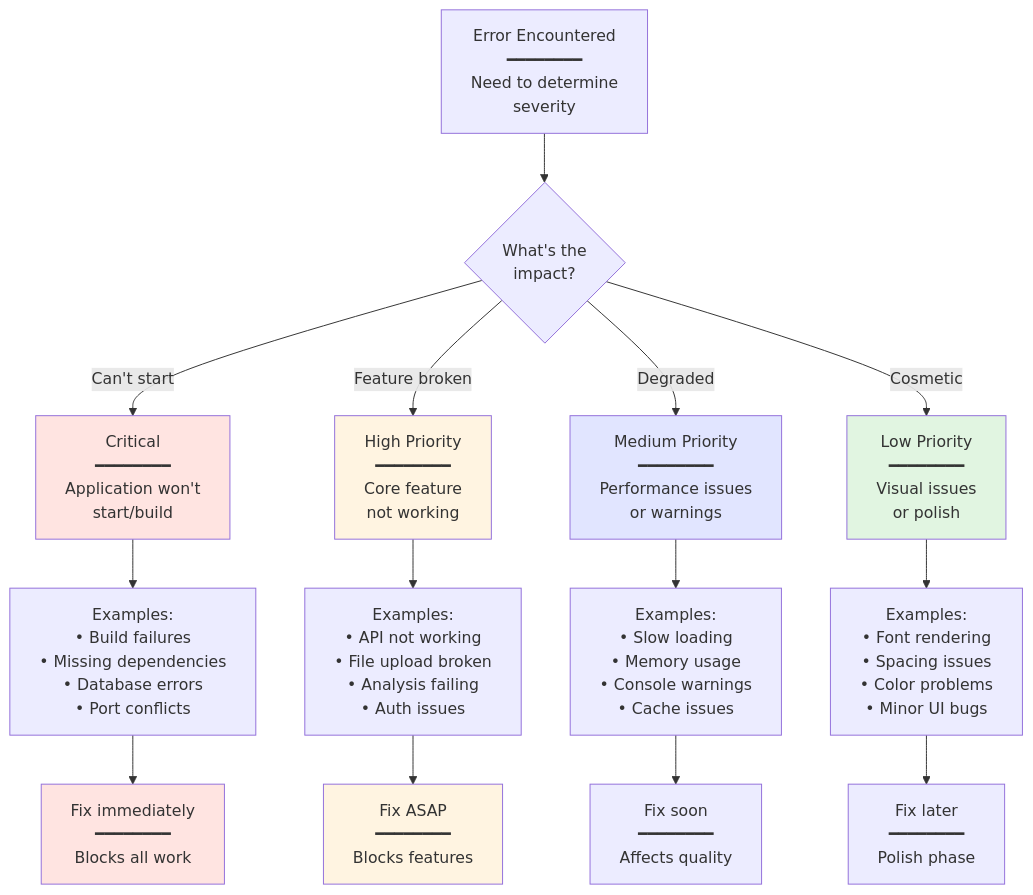
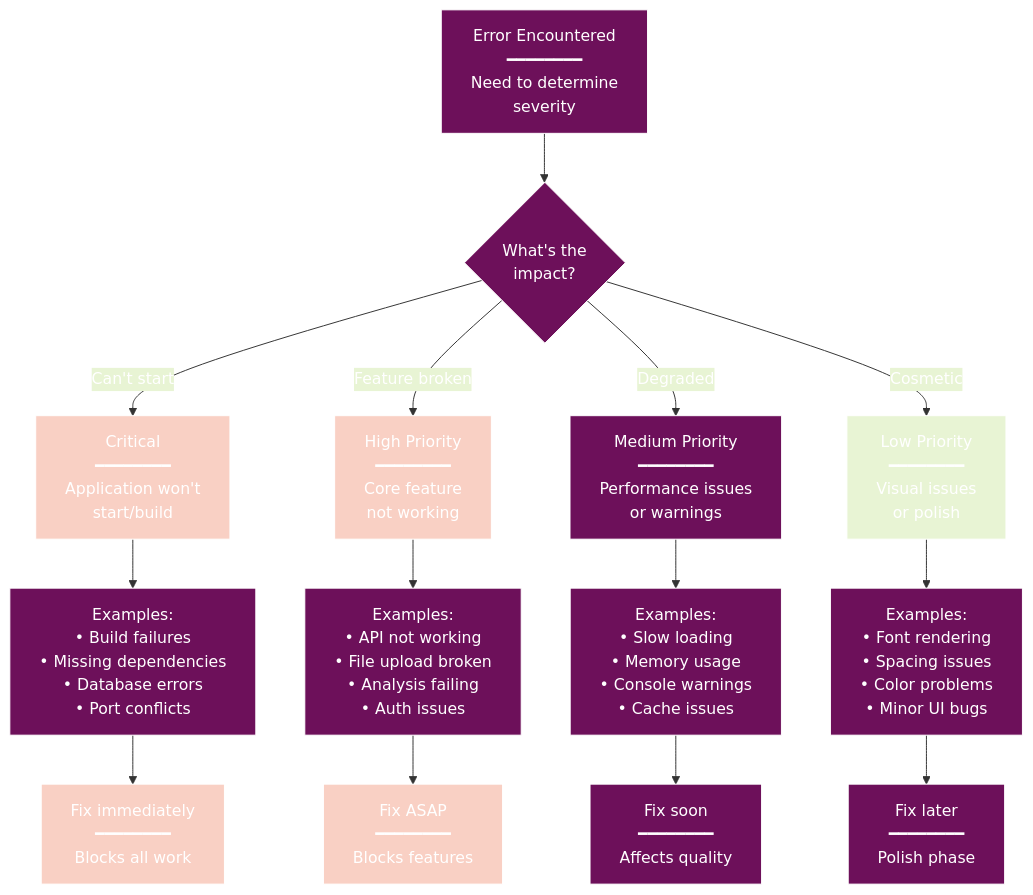
Before and after one commit to radicalkjax/Athena: the sixth of 6 diagrams in docs/TROUBLESHOOTING.md, drawn with Mermaid. The commit also changed other lines of this file and 27 other files, not shown here.

Commit message:
Introduction of expo package manager. Updated docs to reflect changes. Unified mermaid theme for docs.

````diff
--- a/docs/TROUBLESHOOTING.md
+++ b/docs/TROUBLESHOOTING.md
@@ -339,29 +518,50 @@
 ```mermaid
+%%{init: {
+  'theme': 'base',
+  'themeVariables': {
+    'primaryColor': '#6d105a',
+    'primaryTextColor': '#ffffff',
+    'primaryBorderColor': '#ffffff',
+    'lineColor': '#333333',
+    'secondaryColor': '#e8f4d4',
+    'secondaryTextColor': '#333333',
+    'secondaryBorderColor': '#333333',
+    'tertiaryColor': '#f9d0c4',
+    'tertiaryTextColor': '#333333',
+    'tertiaryBorderColor': '#333333',
+    'background': '#ffffff',
+    'mainBkg': '#6d105a',
+    'secondBkg': '#e8f4d4',
+    'tertiaryBkg': '#f9d0c4',
+    'textColor': '#333333',
+    'fontFamily': 'Arial, sans-serif'
+  }
+}}%%
 flowchart TD
     Error[Error Encountered<br/>━━━━━━━━<br/>Need to determine<br/>severity] --> Impact{What's the<br/>impact?}
     
     Impact -->|Can't start| Critical[Critical<br/>━━━━━━━━<br/>Application won't<br/>start/build]
     Impact -->|Feature broken| High[High Priority<br/>━━━━━━━━<br/>Core feature<br/>not working]
     Impact -->|Degraded| Medium[Medium Priority<br/>━━━━━━━━<br/>Performance issues<br/>or warnings]
     Impact -->|Cosmetic| Low[Low Priority<br/>━━━━━━━━<br/>Visual issues<br/>or polish]
     
     Critical --> CriticalEx[Examples:<br/>• Build failures<br/>• Missing dependencies<br/>• Database errors<br/>• Port conflicts]
     
     High --> HighEx[Examples:<br/>• API not working<br/>• File upload broken<br/>• Analysis failing<br/>• Auth issues]
     
     Medium --> MediumEx[Examples:<br/>• Slow loading<br/>• Memory usage<br/>• Console warnings<br/>• Cache issues]
     
     Low --> LowEx[Examples:<br/>• Font rendering<br/>• Spacing issues<br/>• Color problems<br/>• Minor UI bugs]
     
     CriticalEx --> FixFirst[Fix immediately<br/>━━━━━━━━<br/>Blocks all work]
     HighEx --> FixSecond[Fix ASAP<br/>━━━━━━━━<br/>Blocks features]
     MediumEx --> FixThird[Fix soon<br/>━━━━━━━━<br/>Affects quality]
     LowEx --> FixLater[Fix later<br/>━━━━━━━━<br/>Polish phase]
     
-    style Critical fill:#ffe4e1
-    style High fill:#fff4e1
-    style Medium fill:#e1e5ff
-    style Low fill:#e1f5e1
-    style FixFirst fill:#ffe4e1
-    style FixSecond fill:#fff4e1
+    style Critical fill:#f9d0c4
+    style High fill:#f9d0c4
+    style Medium fill:#6d105a
+    style Low fill:#e8f4d4
+    style FixFirst fill:#f9d0c4
+    style FixSecond fill:#f9d0c4
 ```
````
